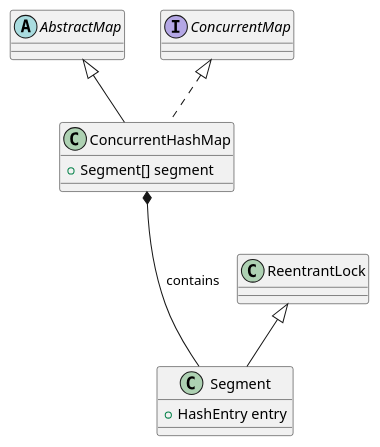
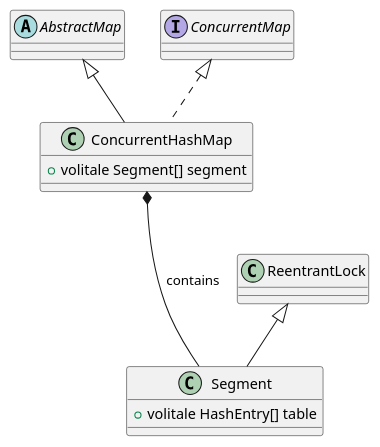
The diagram in src/jdk6/com/concurrentHashMap.puml (skylar-yu/javaConcurrentPragramming), drawn with PlantUML before and after one commit. The commit also changed 1 other file, not shown here.

```diff
--- a/src/jdk6/com/concurrentHashMap.puml
+++ b/src/jdk6/com/concurrentHashMap.puml
@@ -1,35 +1,35 @@
 @startuml
 /'
 https://yq.aliyun.com/articles/25405
 泛化，Generalization：<|--
 关联，Association：<--
 组合，Composition：*--
 聚合，Aggregation：o--
 实现，Realization：<|..
 依赖，Dependency：<..'/
 
 abstract class AbstractMap
 class ConcurrentHashMap{
-    +Segment[] segment
+    +volitale Segment[] segment
 }
 interface ConcurrentMap
 class Segment{
-    +HashEntry entry
+    +volitale HashEntry[] table
 }
 class ReentrantLock
 
 AbstractMap<|--ConcurrentHashMap
 ConcurrentMap<|..ConcurrentHashMap
 ConcurrentHashMap *--- Segment:contains
 ReentrantLock <|--Segment
 /'class ArrayList {
 Object[] elementData
 size()
 }
 enum TimeUnit {
 DAYS
 HOURS
 MINUTES
 }'/
 
 @enduml
```
